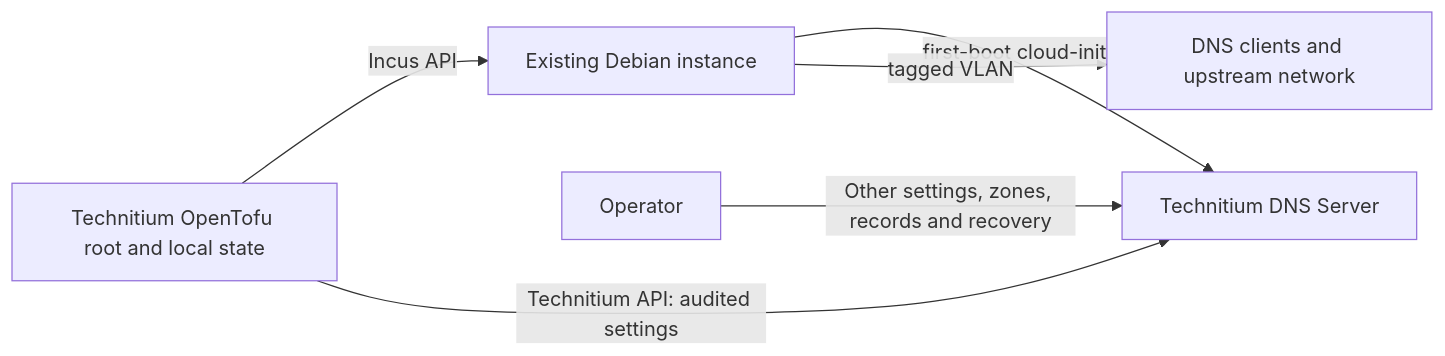
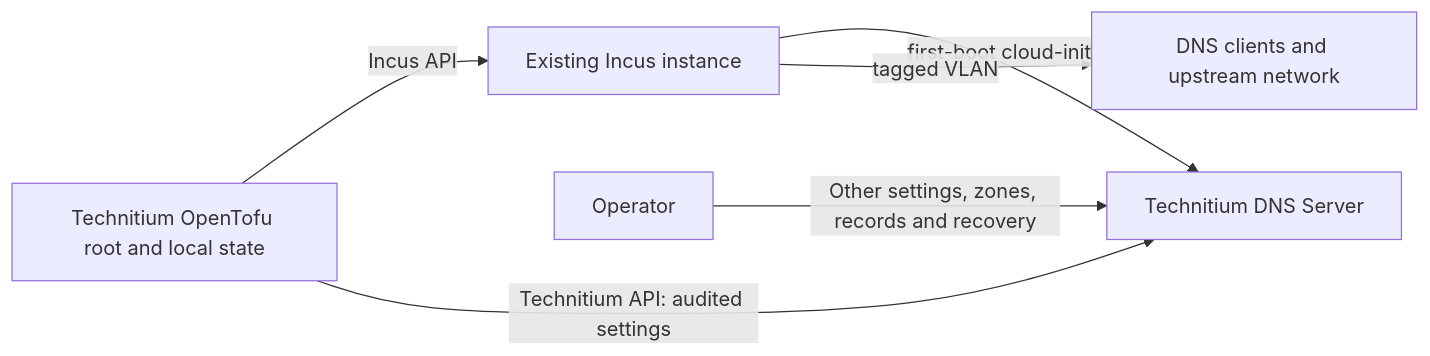
Before and after one commit to lexedwards/homelab: the diagram in services/technitium-dns/README.md, drawn with Mermaid. The commit also changed other lines of this file and 2 other files, not shown here.

First line of the commit message:
fix(technitium-dns): preserve imported guest interface name (#4)

````diff
--- a/services/technitium-dns/README.md
+++ b/services/technitium-dns/README.md
@@ -78,8 +78,8 @@
 ```mermaid
 flowchart LR
-    T[Technitium OpenTofu root and local state] -->|Incus API| I[Existing Debian instance]
+    T[Technitium OpenTofu root and local state] -->|Incus API| I[Existing Incus instance]
     I -->|first-boot cloud-init| D[Technitium DNS Server]
     I -->|tagged VLAN| N[DNS clients and upstream network]
     T -->|Technitium API: audited settings| D
     O[Operator] -->|Other settings, zones, records and recovery| D
 ```
````
